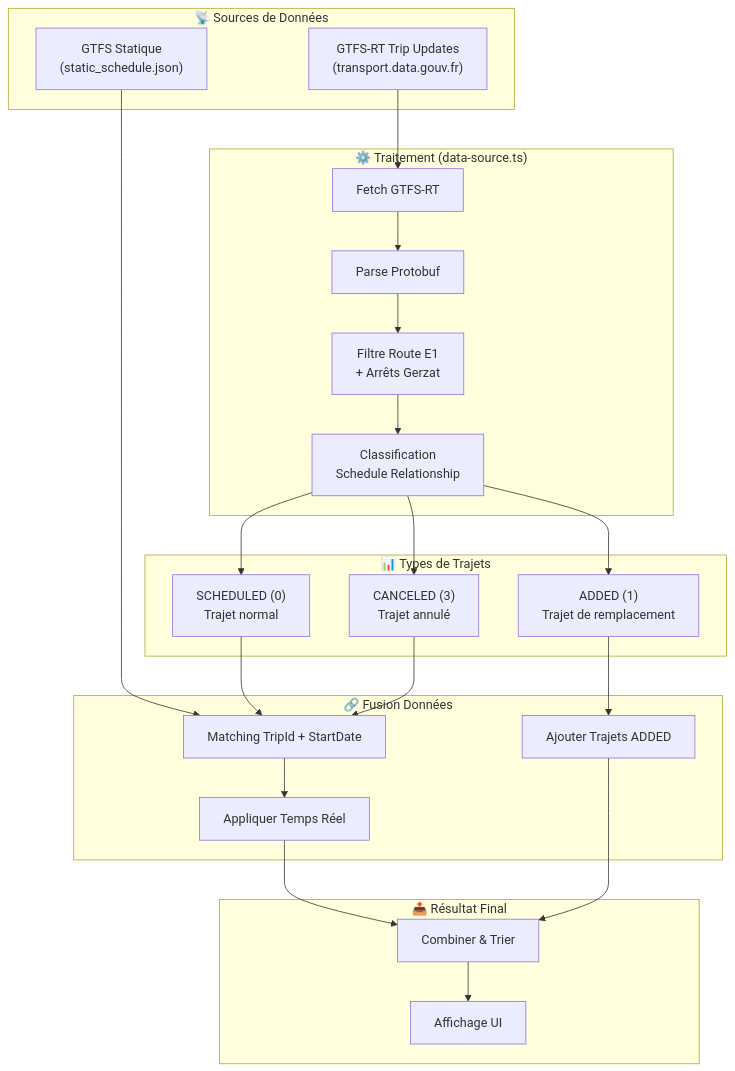
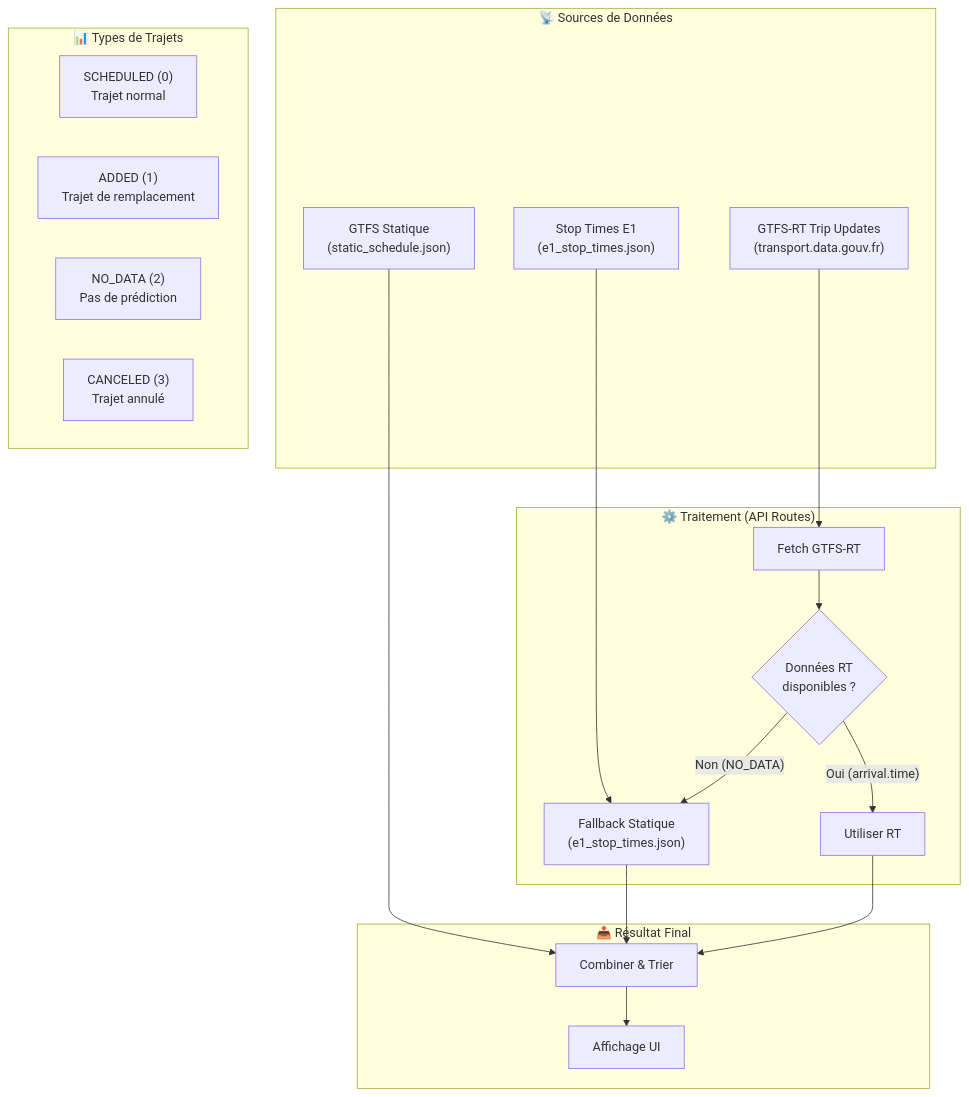
One commit to nickdesi/BusTrainGerzat changed the first of 2 diagrams in README.md. Above: the diagram before and after it, drawn with Mermaid. The commit also changed other lines of this file, not shown here.

Commit message:
docs: update architecture diagrams with static fallback mechanism

````diff
--- a/README.md
+++ b/README.md
@@ -95,40 +95,34 @@
 ```mermaid
 flowchart TD
     subgraph Sources["📡 Sources de Données"]
         GTFS_STATIC["GTFS Statique<br/>(static_schedule.json)"]
+        E1_STOP_TIMES["Stop Times E1<br/>(e1_stop_times.json)"]
         GTFS_RT["GTFS-RT Trip Updates<br/>(transport.data.gouv.fr)"]
     end
 
-    subgraph Processing["⚙️ Traitement (data-source.ts)"]
+    subgraph Processing["⚙️ Traitement (API Routes)"]
         FETCH["Fetch GTFS-RT"]
-        PARSE["Parse Protobuf"]
-        FILTER["Filtre Route E1<br/>+ Arrêts Gerzat"]
-        CLASSIFY["Classification<br/>Schedule Relationship"]
+        CHECK_DATA{"Données RT<br/>disponibles ?"}
+        USE_RT["Utiliser RT"]
+        USE_STATIC["Fallback Statique<br/>(e1_stop_times.json)"]
     end
 
     subgraph Classification["📊 Types de Trajets"]
         SCHEDULED["SCHEDULED (0)<br/>Trajet normal"]
         ADDED["ADDED (1)<br/>Trajet de remplacement"]
+        NO_DATA["NO_DATA (2)<br/>Pas de prédiction"]
         CANCELED["CANCELED (3)<br/>Trajet annulé"]
-    end
-
-    subgraph Merge["🔗 Fusion Données"]
-        MATCH["Matching TripId + StartDate"]
-        APPLY_RT["Appliquer Temps Réel"]
-        ADD_NEW["Ajouter Trajets ADDED"]
     end
 
     subgraph Output["📤 Résultat Final"]
         COMBINE["Combiner & Trier"]
         DISPLAY["Affichage UI"]
     end
 
-    GTFS_STATIC --> MATCH
-    GTFS_RT --> FETCH --> PARSE --> FILTER --> CLASSIFY
-    CLASSIFY --> SCHEDULED --> MATCH
-    CLASSIFY --> ADDED --> ADD_NEW
-    CLASSIFY --> CANCELED --> MATCH
-    MATCH --> APPLY_RT --> COMBINE
-    ADD_NEW --> COMBINE
+    GTFS_STATIC --> COMBINE
+    E1_STOP_TIMES --> USE_STATIC
+    GTFS_RT --> FETCH --> CHECK_DATA
+    CHECK_DATA -->|"Oui (arrival.time)"| USE_RT --> COMBINE
+    CHECK_DATA -->|"Non (NO_DATA)"| USE_STATIC --> COMBINE
     COMBINE --> DISPLAY
 ```
````
